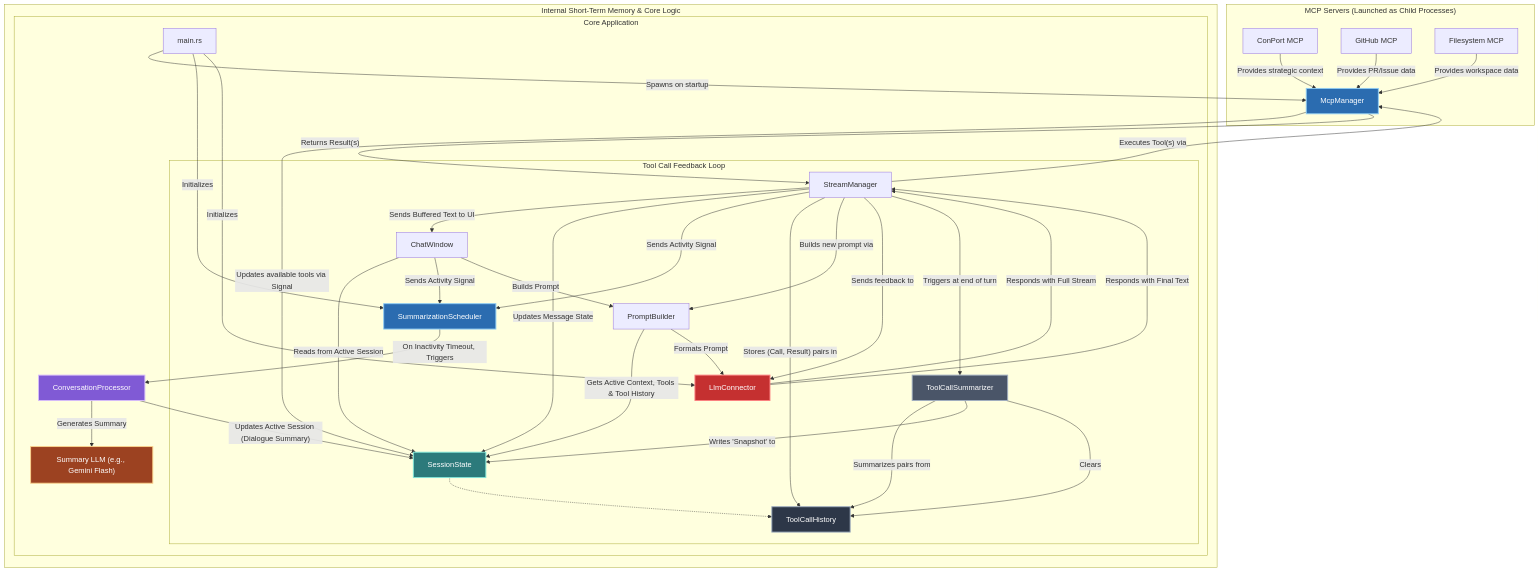
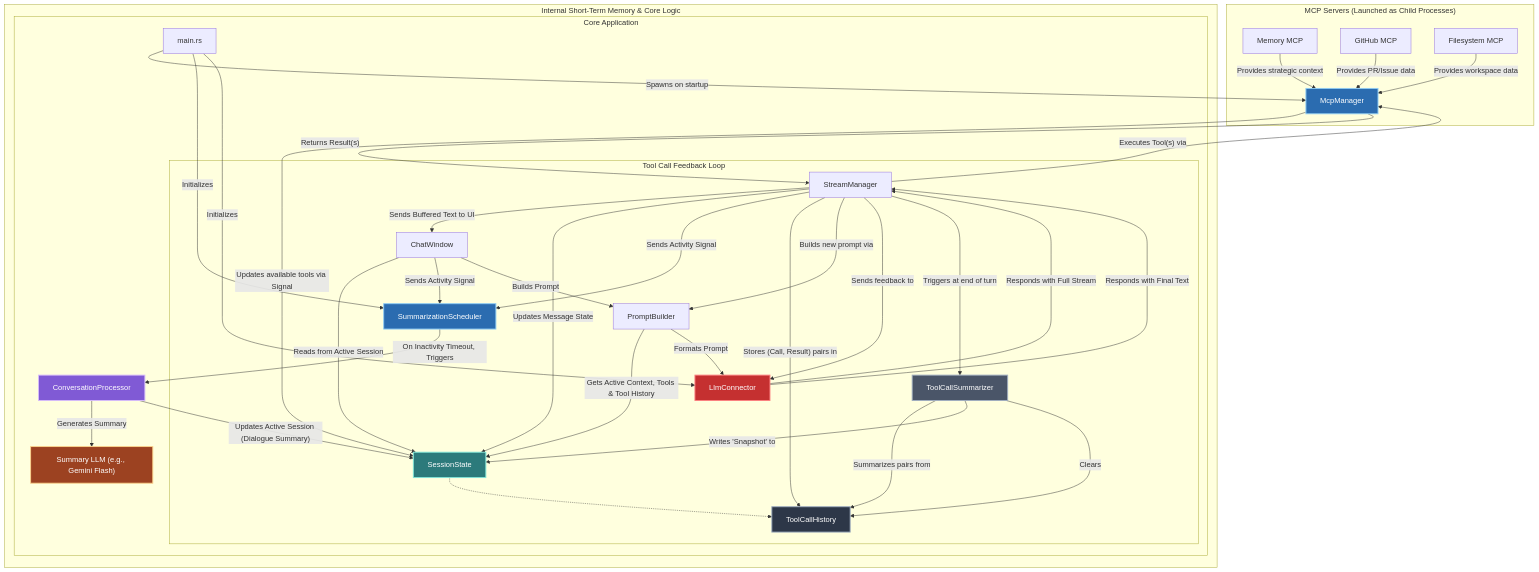
The diagram in README.md (dustmoo/cai-hobbes), drawn with Mermaid before and after one commit. The commit also changed other lines of this file and 2 other files, not shown here.

Commit message:
docs: Update README with new intro, screenshot, and removed ConPort refs

````diff
--- a/README.md
+++ b/README.md
@@ -78,57 +93,57 @@
 ```mermaid
 graph TD
     subgraph "MCP Servers (Launched as Child Processes)"
-        A[ConPort MCP] -- "Provides strategic context" --> L;
+        A[Memory MCP] -- "Provides strategic context" --> L;
         B[GitHub MCP] -- "Provides PR/Issue data" --> L;
         C[Filesystem MCP] -- "Provides workspace data" --> L;
     end
 
     subgraph "Internal Short-Term Memory & Core Logic"
         subgraph "Core Application"
             M[main.rs] -->|Spawns on startup| L[McpManager];
             M -->|Initializes| SS[SummarizationScheduler];
             L -->|Updates available tools via Signal| F[SessionState];
             
             G[ChatWindow] -->|Reads from Active Session| F;
             G -->|Sends Activity Signal| SS;
 
             SS -->|On Inactivity Timeout, Triggers| J[ConversationProcessor];
             J -->|"Updates Active Session (Dialogue Summary)"| F;
 
             G -->|Builds Prompt| H[PromptBuilder];
             H -->|Gets Active Context, Tools & Tool History| F;
             M -->|Initializes| I[LlmConnector];
             H -->|Formats Prompt| I;
 
             J -- "Generates Summary" --> I2["Summary LLM (e.g., Gemini Flash)"];
 
             subgraph "Tool Call Feedback Loop"
                 I -- "Responds with Full Stream" --> K[StreamManager];
                 K -- "Executes Tool(s) via" --> L;
                 L -- "Returns Result(s)" --> K;
                 K -- "Sends Buffered Text to UI" --> G;
                 K -- "Updates Message State" --> F;
                 K -- "Sends Activity Signal" --> SS;
                 K -- "Stores (Call, Result) pairs in" --> TCH[ToolCallHistory];
                 K -- "Builds new prompt via" --> H;
                 K -- "Sends feedback to" --> I;
 
                 I -- "Responds with Final Text" --> K;
                 K -- "Triggers at end of turn" --> TCS[ToolCallSummarizer];
                 TCS -- "Summarizes pairs from" --> TCH;
                 TCS -- "Writes 'Snapshot' to" --> F;
                 TCS -- "Clears" --> TCH;
             end
         end
     end
 
     F -.-> TCH;
     style TCH fill:#2d3748,stroke:#a0aec0,stroke-width:2px,color:#fff
     style TCS fill:#4a5568,stroke:#a0aec0,stroke-width:2px,color:#fff
     style SS fill:#2b6cb0,stroke:#90cdf4,stroke-width:2px,color:#fff
     style J fill:#805ad5,stroke:#d6bcfa,stroke-width:2px,color:#fff
     style F fill:#2c7a7b,stroke:#81e6d9,stroke-width:2px,color:#fff
     style I fill:#c53030,stroke:#fc8181,stroke-width:2px,color:#fff
     style I2 fill:#9c4221,stroke:#fbd38d,stroke-width:2px,color:#fff
     style L fill:#2b6cb0,stroke:#90cdf4,stroke-width:2px,color:#fff
 ```
````
